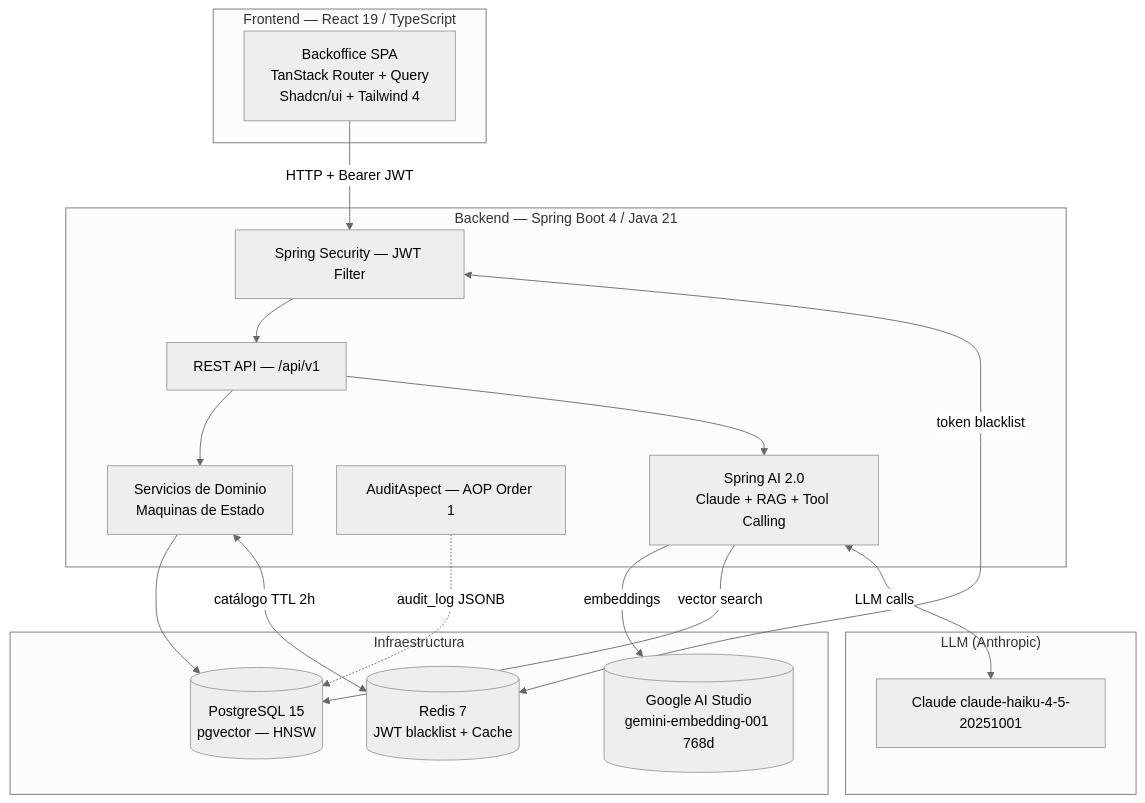
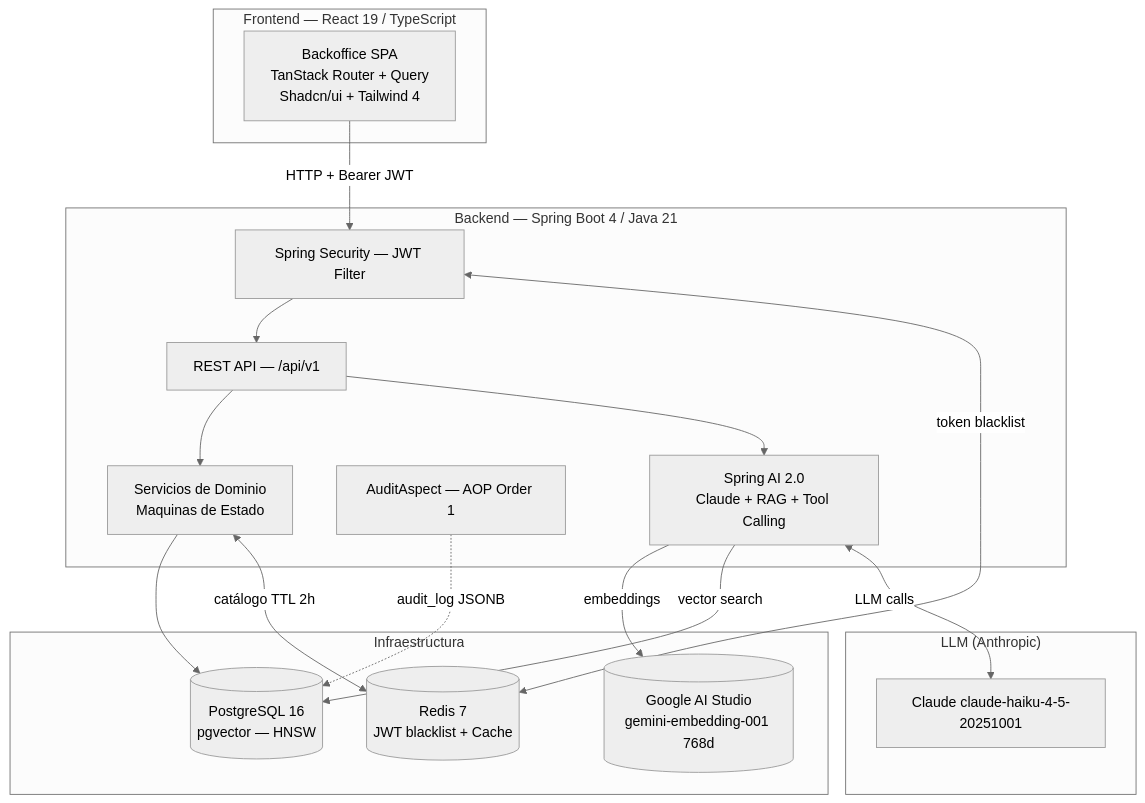
The diagram in README.md (FepDev25/sistema-facturacion-medica-springboot-react-postgresql), drawn with Mermaid (neutral theme) before and after one commit. The commit also changed other lines of this file and 4 other files, not shown here.

````diff
--- a/README.md
+++ b/README.md
@@ -19,36 +19,36 @@
 ```mermaid
 graph TB
     subgraph FE["Frontend — React 19 / TypeScript"]
         UI["Backoffice SPA<br/>TanStack Router + Query<br/>Shadcn/ui + Tailwind 4"]
     end
 
     subgraph BE["Backend — Spring Boot 4 / Java 21"]
         API["REST API — /api/v1"]
         SEC["Spring Security — JWT Filter"]
         SVC["Servicios de Dominio<br/>Maquinas de Estado"]
         AUDIT["AuditAspect — AOP Order 1"]
         AI["Spring AI 2.0<br/>Claude + RAG + Tool Calling"]
     end
 
     subgraph INFRA["Infraestructura"]
-        PG[("PostgreSQL 15<br/>pgvector — HNSW")]
+        PG[("PostgreSQL 16<br/>pgvector — HNSW")]
         RD[("Redis 7<br/>JWT blacklist + Cache")]
         GG[("Google AI Studio<br/>gemini-embedding-001 768d")]
     end
 
     subgraph LLM["LLM (Anthropic)"]
         CL["Claude claude-haiku-4-5-20251001"]
     end
 
     UI -->|"HTTP + Bearer JWT"| SEC
     SEC --> API
     API --> SVC
     API --> AI
     SVC --> PG
     AUDIT -.->|audit_log JSONB| PG
     SEC <-->|token blacklist| RD
     SVC <-->|catálogo TTL 2h| RD
     AI -->|embeddings| GG
     AI -->|vector search| PG
     AI <-->|LLM calls| CL
 ```
````
